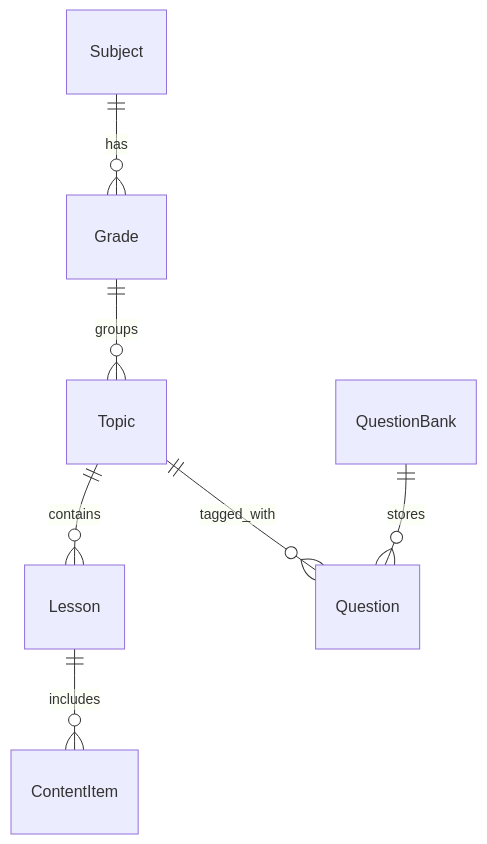
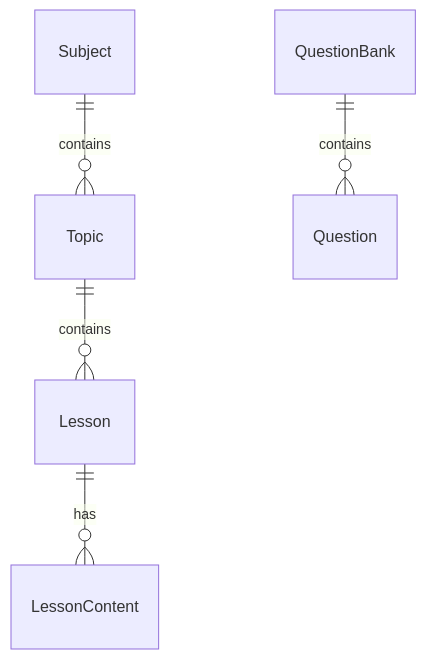
The diagram in docs/specs/02-modules/content/data.md (philongdanh/lms), drawn with Mermaid before and after one commit. The commit also changed other lines of this file and 53 other files, not shown here.

````diff
--- a/docs/specs/02-modules/content/data.md
+++ b/docs/specs/02-modules/content/data.md
@@ -72,15 +70,12 @@
 ```mermaid
 ---
 config:
   themeVariables:
     fontFamily: "EB Garamond"
 ---
 erDiagram
-    Subject ||--o{ Grade : "has"
-    Grade ||--o{ Topic : "groups"
+    Subject ||--o{ Topic : "contains"
     Topic ||--o{ Lesson : "contains"
-    Lesson ||--o{ ContentItem : "includes"
-
-    QuestionBank ||--o{ Question : "stores"
-    Topic ||--o{ Question : "tagged_with"
+    Lesson ||--o{ LessonContent : "has"
+    QuestionBank ||--o{ Question : "contains"
 ```
````
